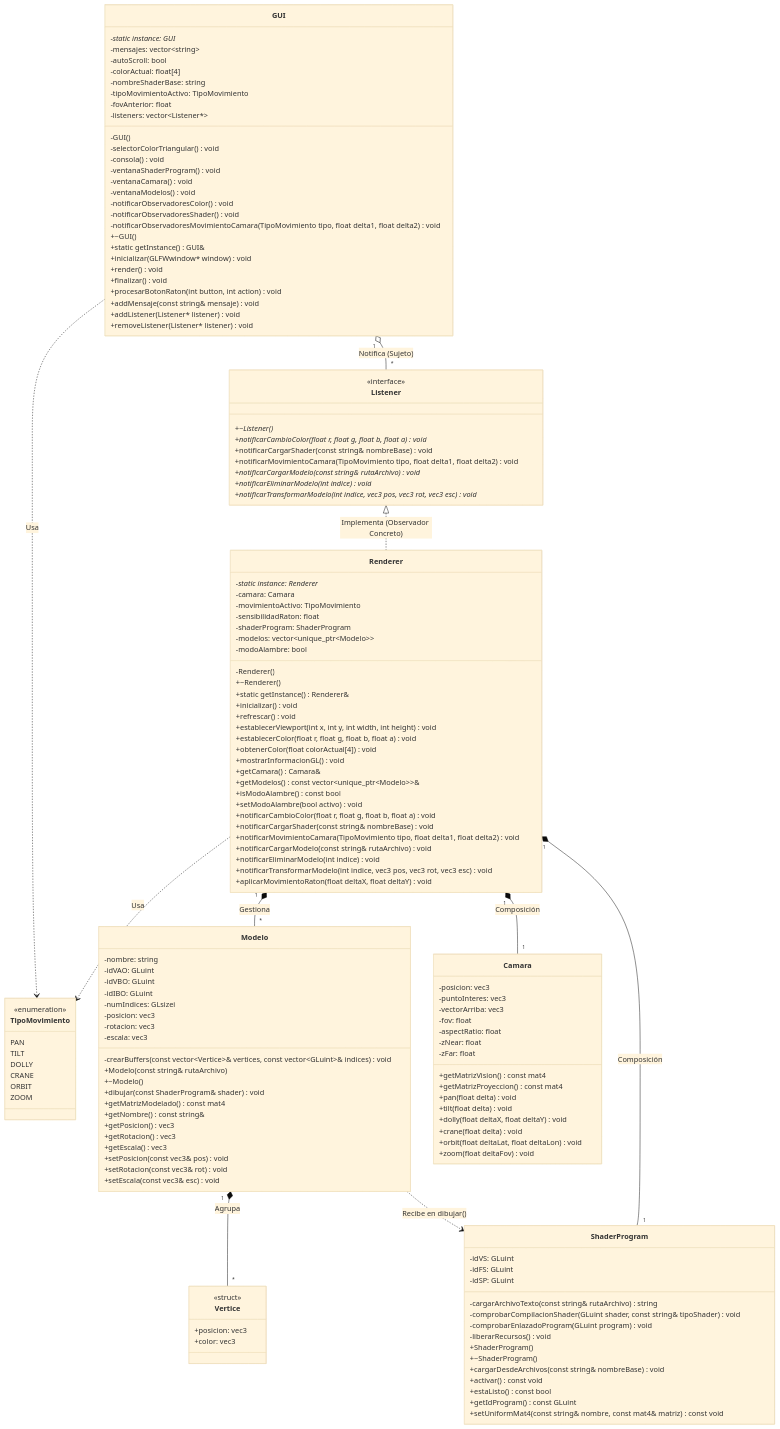
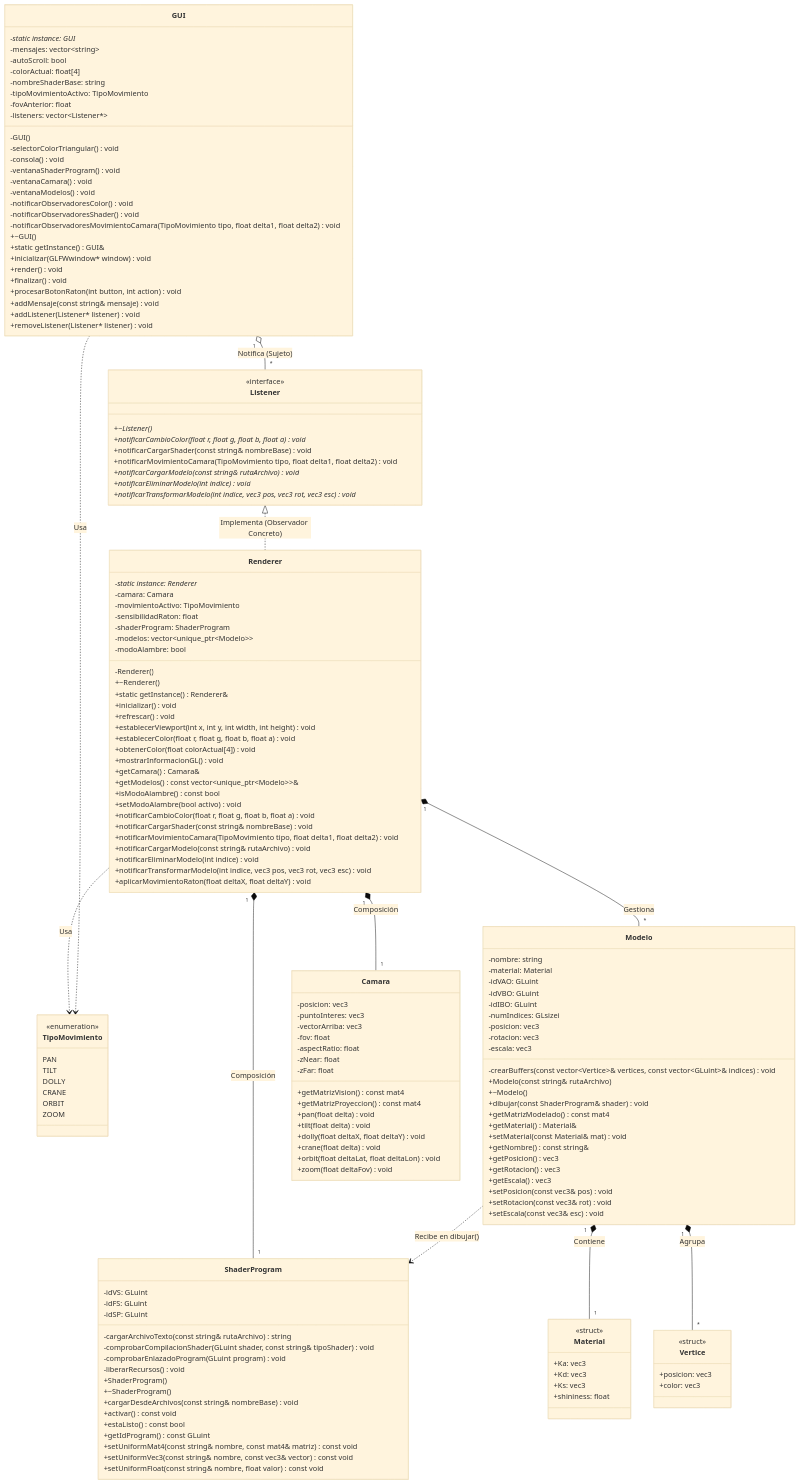
One commit to juancarlosenrmun/Proyecto_Programacion_Aplicaciones_Graficas changed the diagram in README.md. Above: the diagram before and after it, drawn with Mermaid (base theme). The commit also changed other lines of this file, not shown here.

```diff
--- a/README.md
+++ b/README.md
@@ -139,6 +163,14 @@
         ZOOM
     }
 
+    class Material {
+        <<struct>>
+        +Ka: vec3
+        +Kd: vec3
+        +Ks: vec3
+        +shininess: float
+    }
+
     class Vertice {
         <<struct>>
         +posicion: vec3
@@ -147,6 +179,7 @@
 
     class Modelo {
         -nombre: string
+        -material: Material
         -idVAO: GLuint
         -idVBO: GLuint
         -idIBO: GLuint
@@ -159,6 +192,8 @@
         +~Modelo()
         +dibujar(const ShaderProgram& shader) void
         +getMatrizModelado() const mat4
+        +getMaterial() Material&
+        +setMaterial(const Material& mat) void
         +getNombre() const string&
         +getPosicion() vec3
         +getRotacion() vec3
@@ -183,6 +218,8 @@
         +estaListo() const bool
         +getIdProgram() const GLuint
         +setUniformMat4(const string& nombre, const mat4& matriz) const void
+        +setUniformVec3(const string& nombre, const vec3& vector) const void
+        +setUniformFloat(const string& nombre, float valor) const void
     }
 
     class Camara {
@@ -266,7 +303,8 @@
     GUI "1" o-- "*" Listener : Notifica (Sujeto)
     Renderer "1" *-- "1" Camara : Composición
     Renderer "1" *-- "1" ShaderProgram : Composición
-    Renderer "1" *-- "*" Modelo : Gestiona 
+    Renderer "1" *-- "*" Modelo : Gestiona
+    Modelo "1" *-- "1" Material : Contiene
     Modelo "1" *-- "*" Vertice : Agrupa
     Modelo ..> ShaderProgram : Recibe en dibujar()
     Renderer ..> TipoMovimiento : Usa
```
